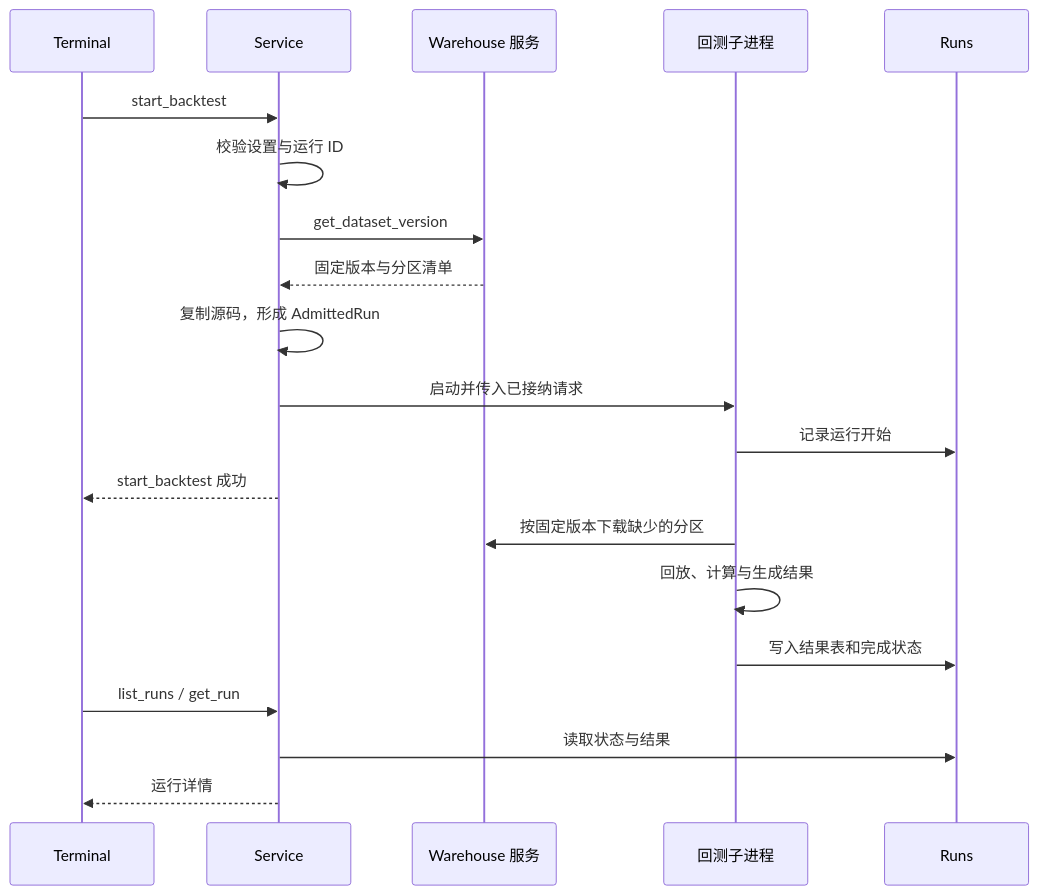
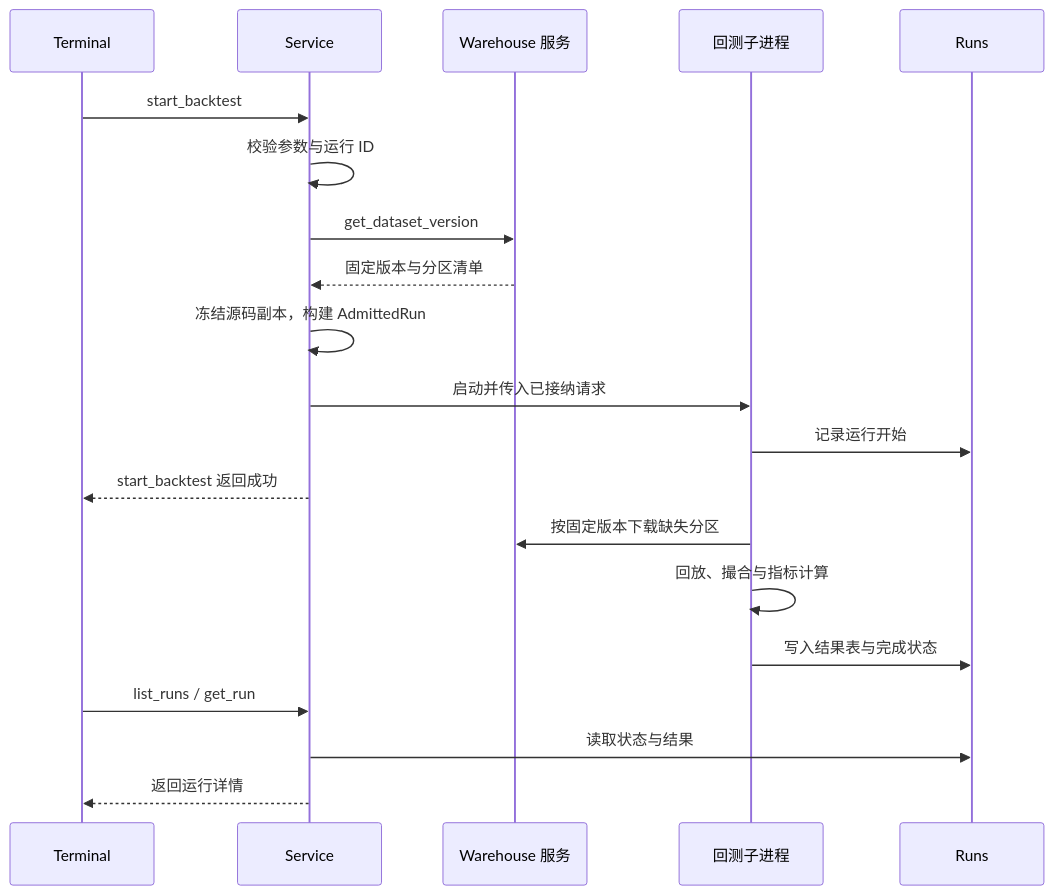
The third of 3 diagrams in docs/lab/architecture.md (isqiwen/asterion-terminal), drawn with Mermaid before and after one commit. The commit also changed other lines of this file and 26 other files, not shown here.

````diff
--- a/docs/lab/architecture.md
+++ b/docs/lab/architecture.md
@@ -78,22 +78,22 @@
 ```mermaid
 sequenceDiagram
     participant UI as Terminal
     participant Service
     participant Warehouse as Warehouse 服务
     participant Child as 回测子进程
     participant Runs
     UI->>Service: start_backtest
-    Service->>Service: 校验设置与运行 ID
+    Service->>Service: 校验参数与运行 ID
     Service->>Warehouse: get_dataset_version
     Warehouse-->>Service: 固定版本与分区清单
-    Service->>Service: 复制源码，形成 AdmittedRun
+    Service->>Service: 冻结源码副本，构建 AdmittedRun
     Service->>Child: 启动并传入已接纳请求
     Child->>Runs: 记录运行开始
-    Service-->>UI: start_backtest 成功
-    Child->>Warehouse: 按固定版本下载缺少的分区
-    Child->>Child: 回放、计算与生成结果
-    Child->>Runs: 写入结果表和完成状态
+    Service-->>UI: start_backtest 返回成功
+    Child->>Warehouse: 按固定版本下载缺失分区
+    Child->>Child: 回放、撮合与指标计算
+    Child->>Runs: 写入结果表与完成状态
     UI->>Service: list_runs / get_run
     Service->>Runs: 读取状态与结果
-    Service-->>UI: 运行详情
+    Service-->>UI: 返回运行详情
 ```
````
